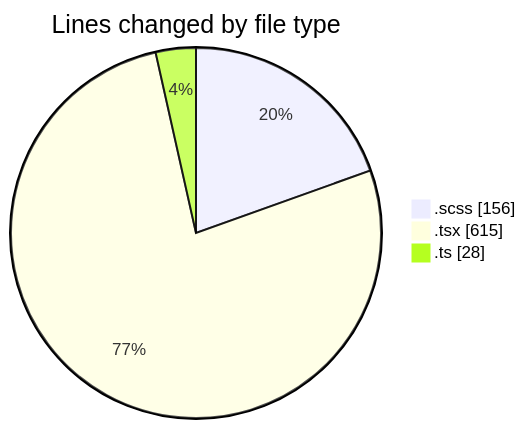
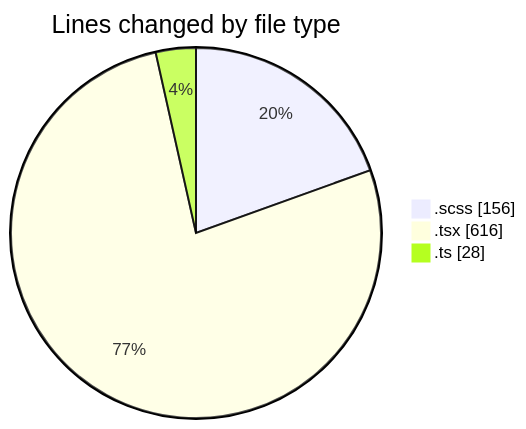
The first of 2 diagrams in 2025-02-10/cda/README.md (momahboobian/code-tracking), drawn with Mermaid before and after one commit. The commit also changed other lines of this file and 1 other file, not shown here.

````diff
--- a/2025-02-10/cda/README.md
+++ b/2025-02-10/cda/README.md
@@ -25,7 +25,7 @@
 ```mermaid
 pie showData
 title Lines changed by file type
 ".scss" : 156
-".tsx" : 615
+".tsx" : 616
 ".ts" : 28
 ```
````
